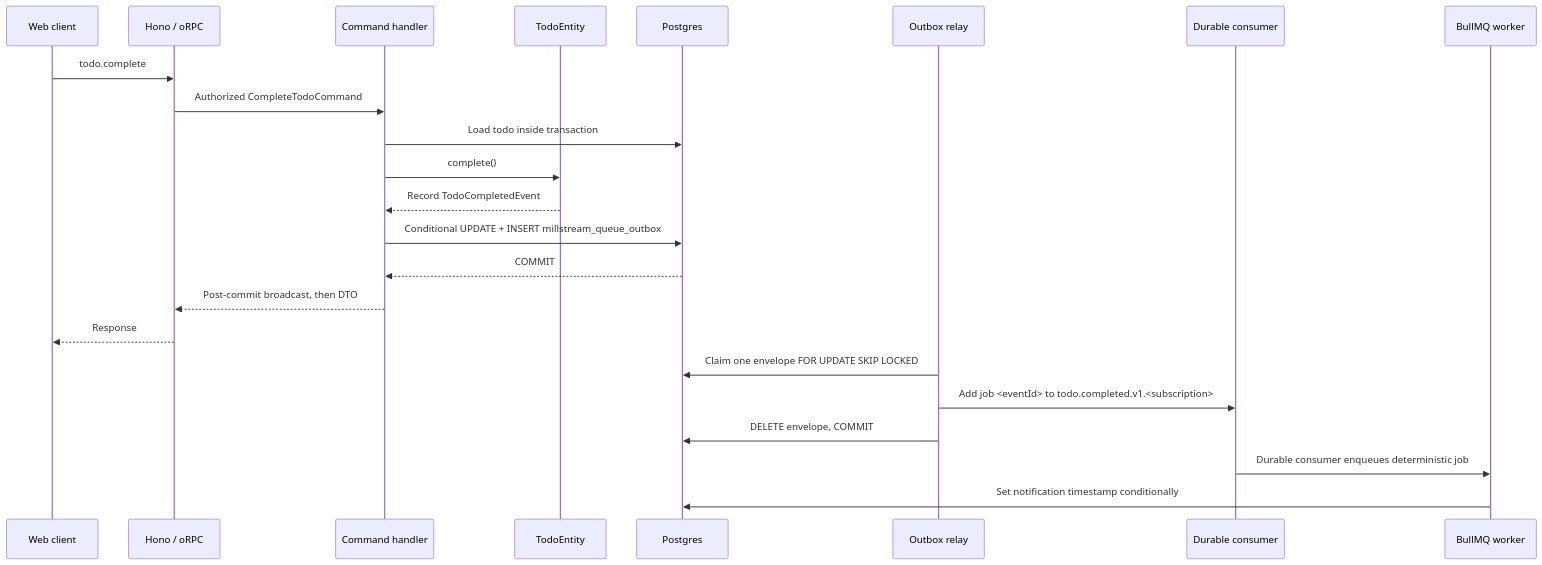
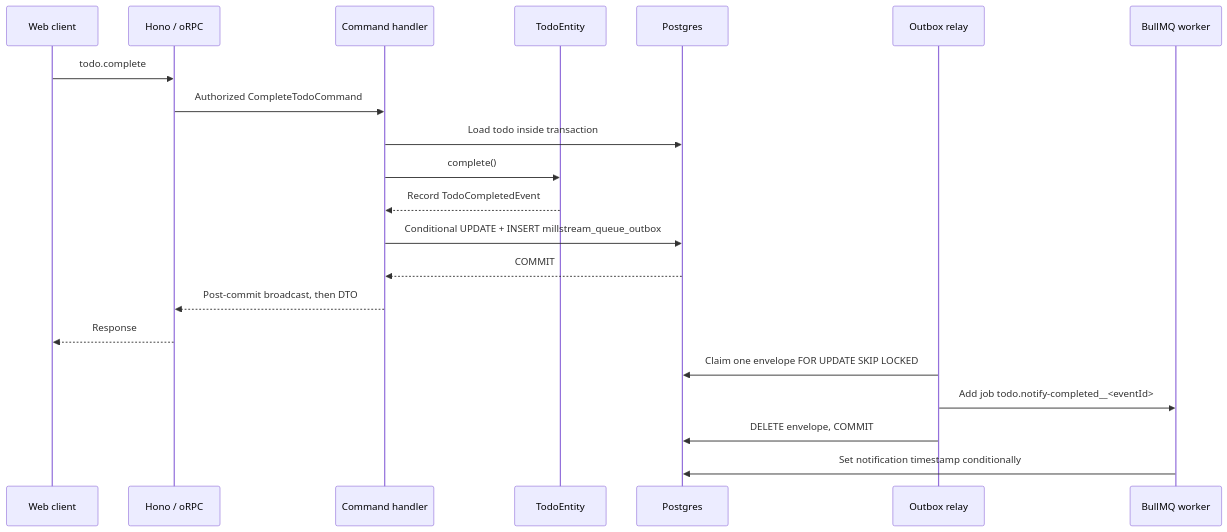
One commit to kouovo/hexstack changed the third of 3 diagrams in README.md. Above: the diagram before and after it, drawn with Mermaid. The commit also changed other lines of this file, not shown here.

````diff
--- a/README.md
+++ b/README.md
@@ -607,26 +608,24 @@
 ```mermaid
 sequenceDiagram
   participant Client as Web client
   participant RPC as Hono / oRPC
   participant UseCase as Command handler
   participant Domain as TodoEntity
   participant DB as Postgres
   participant Relay as Outbox relay
-  participant Consumer as Durable consumer
   participant Job as BullMQ worker
 
   Client->>RPC: todo.complete
   RPC->>UseCase: Authorized CompleteTodoCommand
   UseCase->>DB: Load todo inside transaction
   UseCase->>Domain: complete()
   Domain-->>UseCase: Record TodoCompletedEvent
   UseCase->>DB: Conditional UPDATE + INSERT millstream_queue_outbox
   DB-->>UseCase: COMMIT
   UseCase-->>RPC: Post-commit broadcast, then DTO
   RPC-->>Client: Response
   Relay->>DB: Claim one envelope FOR UPDATE SKIP LOCKED
-  Relay->>Consumer: Add job <eventId> to todo.completed.v1.<subscription>
+  Relay->>Job: Add job todo.notify-completed__<eventId>
   Relay->>DB: DELETE envelope, COMMIT
-  Consumer->>Job: Durable consumer enqueues deterministic job
   Job->>DB: Set notification timestamp conditionally
 ```
````
